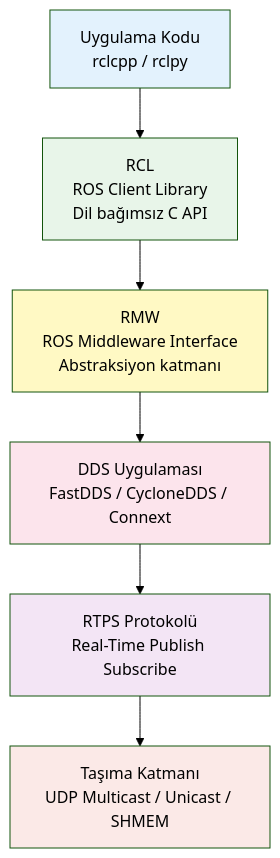
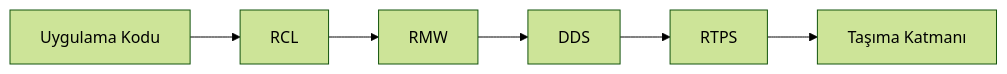
The first of 5 diagrams in docs/md/robotics/ros2.md (serkanMzlm/MechatronicsNotebook), drawn with Mermaid (forest theme) before and after one commit. The commit also changed other lines of this file and 3 other files, not shown here.

````diff
--- a/docs/md/robotics/ros2.md
+++ b/docs/md/robotics/ros2.md
@@ -10,15 +11,8 @@
 ```mermaid
-graph TD
-    APP[Uygulama Kodu\nrclcpp / rclpy] --> RCL[RCL\nROS Client Library\nDil bağımsız C API]
-    RCL --> RMW[RMW\nROS Middleware Interface\nAbstraksiyon katmanı]
-    RMW --> DDS[DDS Uygulaması\nFastDDS / CycloneDDS / Connext]
-    DDS --> RTPS[RTPS Protokolü\nReal-Time Publish Subscribe]
-    RTPS --> TRANS[Taşıma Katmanı\nUDP Multicast / Unicast / SHMEM]
-
-    style APP fill:#E3F2FD
-    style RCL fill:#E8F5E9
-    style RMW fill:#FFF9C4
-    style DDS fill:#FCE4EC
-    style RTPS fill:#F3E5F5
-    style TRANS fill:#FBE9E7
+graph LR
+    APP[Uygulama Kodu] --> RCL[RCL]
+    RCL --> RMW[RMW]
+    RMW --> DDS[DDS]
+    DDS --> RTPS[RTPS]
+    RTPS --> TRANS[Taşıma Katmanı]
 ```
````
